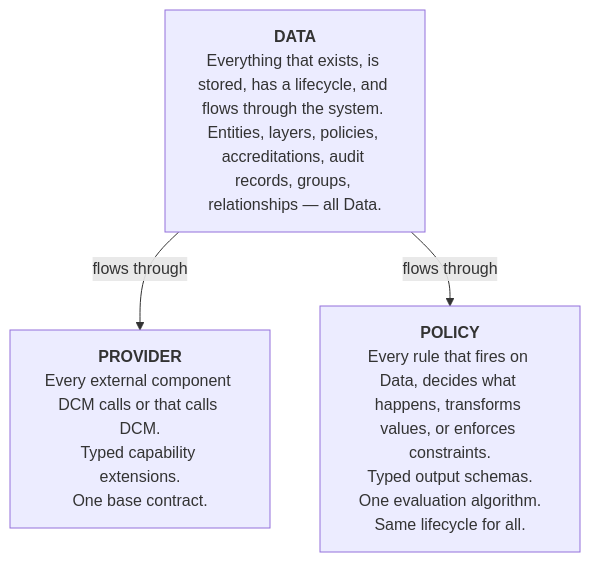
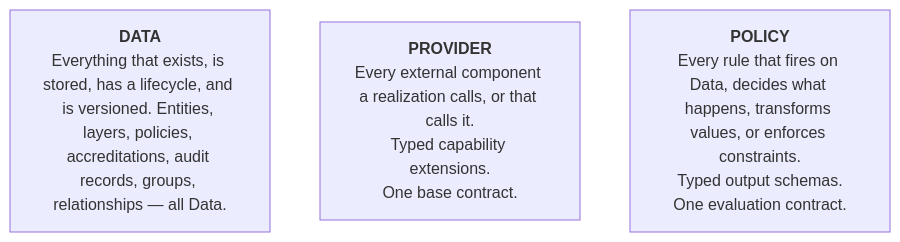
Before and after one commit to croadfeldt/udlm: the first of 2 diagrams in foundations/foundations.md, drawn with Mermaid. The commit also changed other lines of this file, not shown here.

````diff
--- a/foundations/foundations.md
+++ b/foundations/foundations.md
@@ -14,8 +21,6 @@
 ```mermaid
 flowchart TD
-    DATA["<b>DATA</b><br/>Everything that exists, is stored, has a lifecycle, and flows through the system. Entities, layers, policies, accreditations, audit records, groups, relationships — all Data."]
-    PROVIDER["<b>PROVIDER</b><br/>Every external component DCM calls or that calls DCM.<br/>Typed capability extensions.<br/>One base contract."]
-    POLICY["<b>POLICY</b><br/>Every rule that fires on Data, decides what happens, transforms values, or enforces constraints.<br/>Typed output schemas.<br/>One evaluation algorithm.<br/>Same lifecycle for all."]
-    DATA -->|flows through| PROVIDER
-    DATA -->|flows through| POLICY
+    DATA["<b>DATA</b><br/>Everything that exists, is stored, has a lifecycle, and is versioned. Entities, layers, policies, accreditations, audit records, groups, relationships — all Data."]
+    PROVIDER["<b>PROVIDER</b><br/>Every external component a realization calls, or that calls it.<br/>Typed capability extensions.<br/>One base contract."]
+    POLICY["<b>POLICY</b><br/>Every rule that fires on Data, decides what happens, transforms values, or enforces constraints.<br/>Typed output schemas.<br/>One evaluation contract."]
 ```
````
